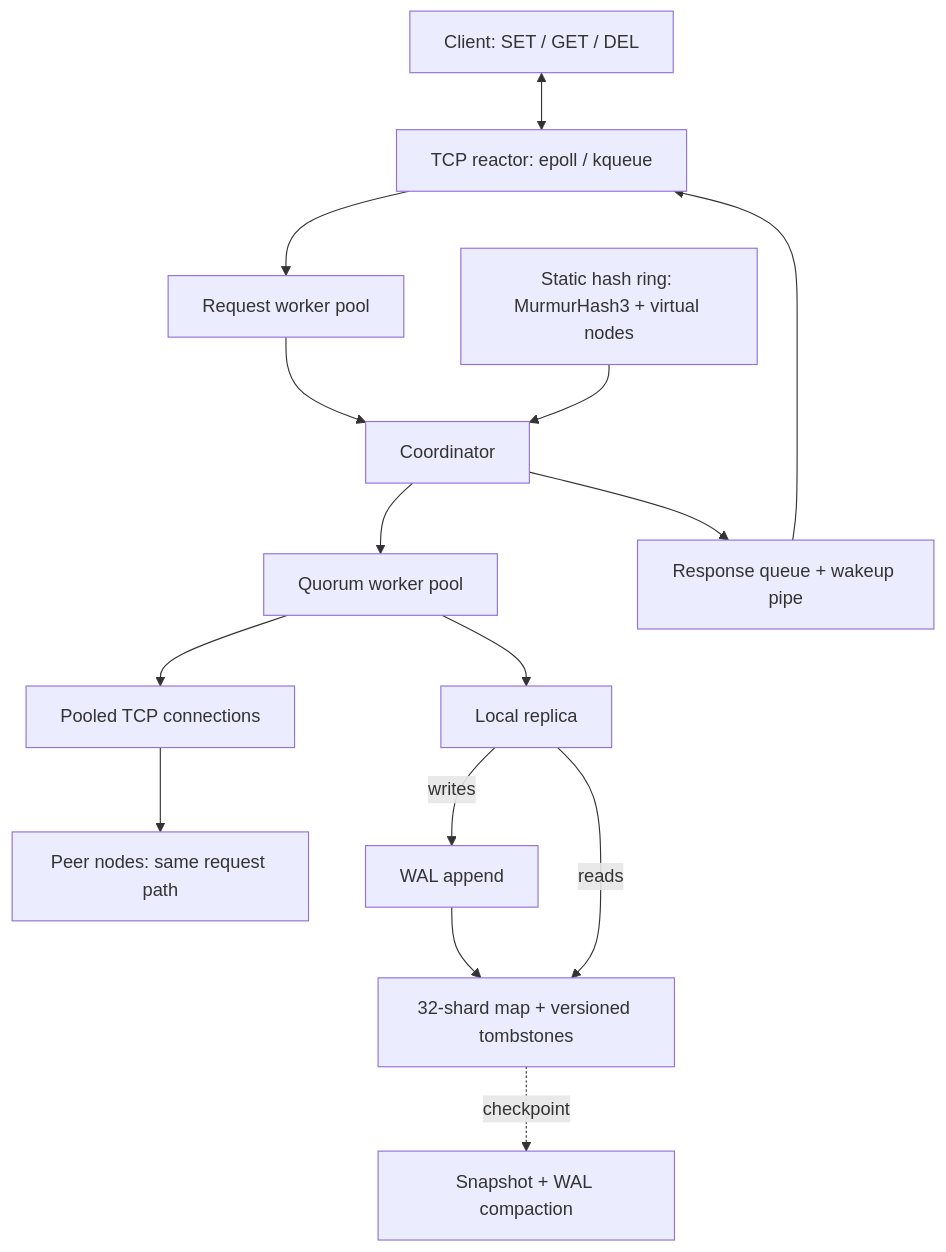
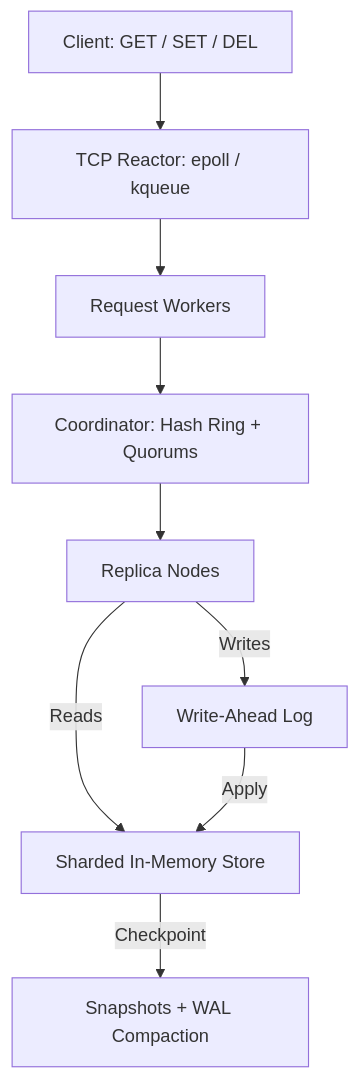
The diagram in README.md (chanu1406/distributed-kv), drawn with Mermaid before and after one commit. The commit also changed other lines of this file, not shown here.

````diff
--- a/README.md
+++ b/README.md
@@ -28,17 +17,11 @@
 ```mermaid
 flowchart TD
-    Client[Client: SET / GET / DEL] <--> Reactor["TCP reactor: epoll / kqueue"]
-    Reactor --> Workers[Request worker pool]
-    Workers --> Coordinator[Coordinator]
-    Ring["Static hash ring: MurmurHash3 + virtual nodes"] --> Coordinator
-    Coordinator --> Fanout[Quorum worker pool]
-    Fanout --> Local[Local replica]
-    Fanout --> Connections[Pooled TCP connections]
-    Connections --> Peers["Peer nodes: same request path"]
-    Local -->|writes| WAL[WAL append]
-    WAL --> Map["32-shard map + versioned tombstones"]
-    Local -->|reads| Map
-    Map -. checkpoint .-> Snapshot[Snapshot + WAL compaction]
-    Coordinator --> Responses[Response queue + wakeup pipe]
-    Responses --> Reactor
+    Client["Client: GET / SET / DEL"] --> TCP["TCP Reactor: epoll / kqueue"]
+    TCP --> Workers["Request Workers"]
+    Workers --> Coordinator["Coordinator: Hash Ring + Quorums"]
+    Coordinator --> Replicas["Replica Nodes"]
+    Replicas -->|Reads| Store["Sharded In-Memory Store"]
+    Replicas -->|Writes| WAL["Write-Ahead Log"]
+    WAL -->|Apply| Store
+    Store -->|Checkpoint| Snapshots["Snapshots + WAL Compaction"]
 ```
````
